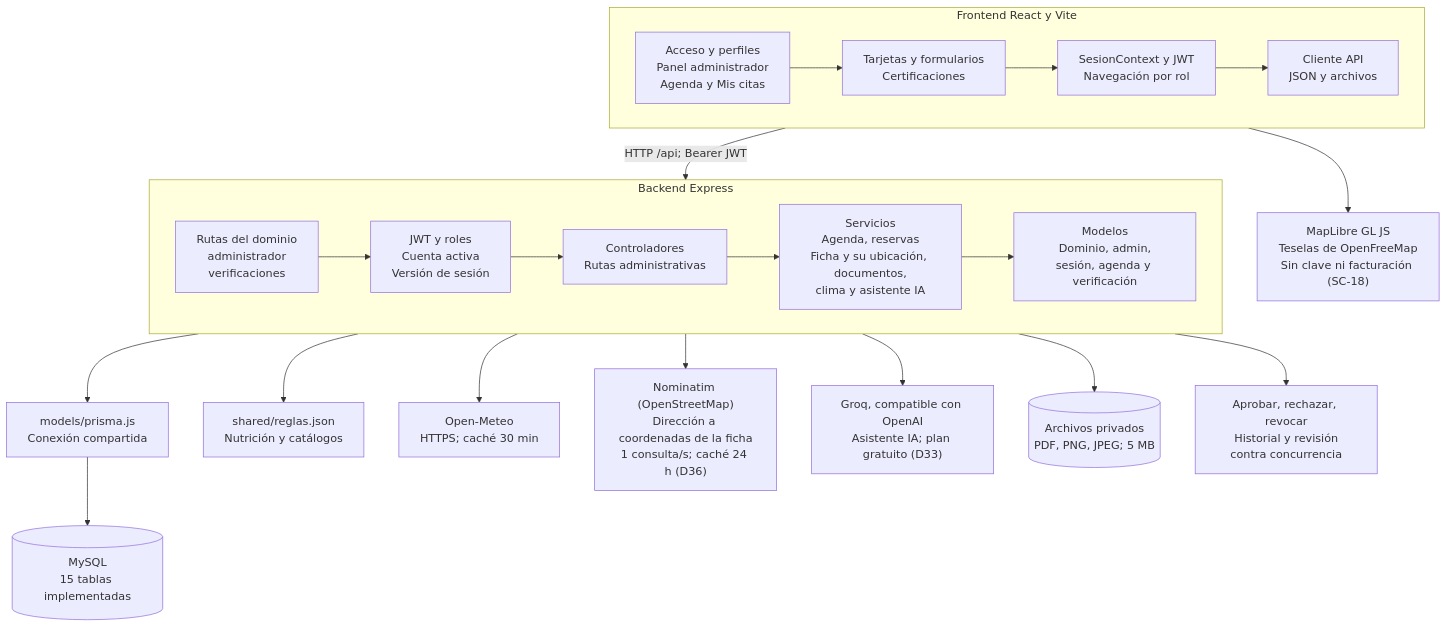
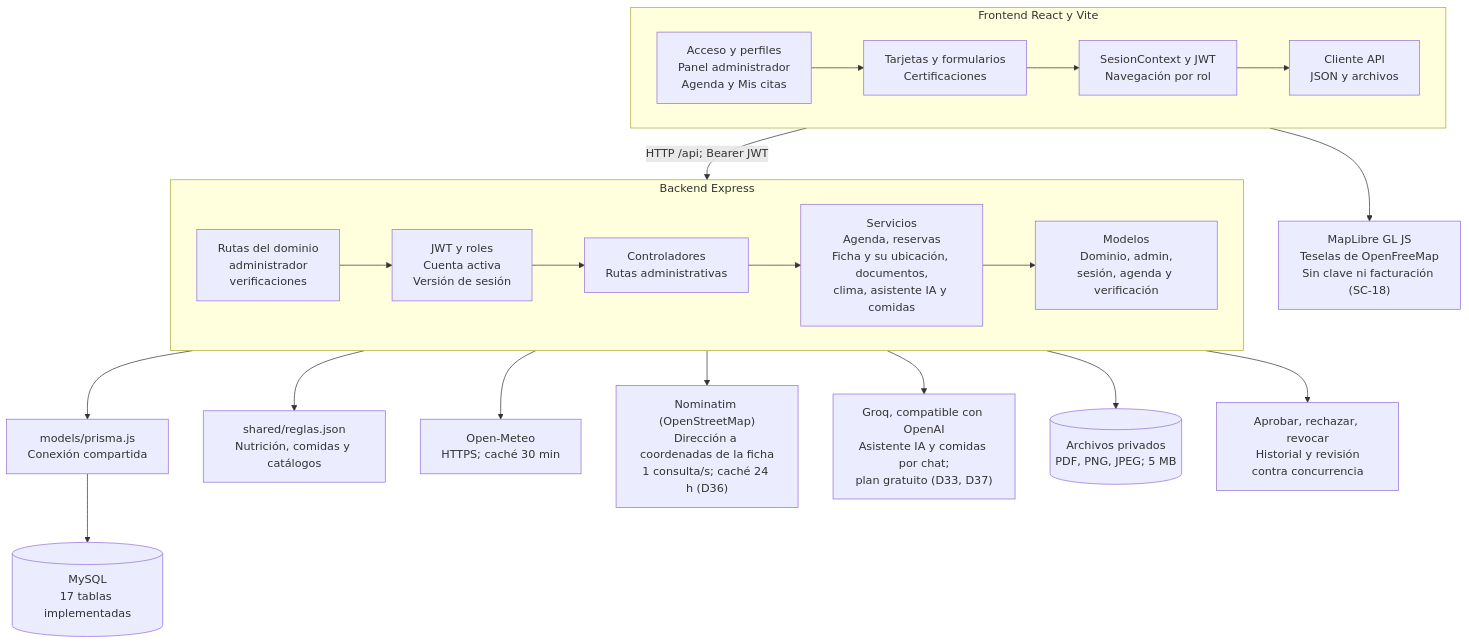
One commit to rodriacr/FitSearch changed the diagram in FASE 2/Evidencias Proyecto/Evidencias de documentación/Diagramas (Miro)/Actualización Sprint 3/07_Vista_de_Desarrollo.mmd. Above: the diagram before and after it, drawn with Mermaid. The commit also changed 22 other files, not shown here.

Commit message:
Documentacion del modulo Comidas: DAS 1.29, diagramas 02, 03, 04, 07, 08 y 15, escenarios de FS-HU-09 y FS-HU-10 y README

```diff
--- a/FASE 2/Evidencias Proyecto/Evidencias de documentación/Diagramas (Miro)/Actualización Sprint 3/07_Vista_de_Desarrollo.mmd
+++ b/FASE 2/Evidencias Proyecto/Evidencias de documentación/Diagramas (Miro)/Actualización Sprint 3/07_Vista_de_Desarrollo.mmd
@@ -1,28 +1,28 @@
 flowchart TB
   subgraph SPA[Frontend React y Vite]
     direction LR
     P["Acceso y perfiles<br/>Panel administrador<br/>Agenda y Mis citas"]
     C["Tarjetas y formularios<br/>Certificaciones"]
     S["SesionContext y JWT<br/>Navegación por rol"]
     A["Cliente API<br/>JSON y archivos"]
     P --> C --> S --> A
   end
   subgraph API[Backend Express]
     direction LR
     R["Rutas del dominio<br/>administrador<br/>verificaciones"]
     M["JWT y roles<br/>Cuenta activa<br/>Versión de sesión"]
     K["Controladores<br/>Rutas administrativas"]
-    V["Servicios<br/>Agenda, reservas<br/>Ficha y su ubicación, documentos,<br/>clima y asistente IA"]
+    V["Servicios<br/>Agenda, reservas<br/>Ficha y su ubicación, documentos,<br/>clima, asistente IA y comidas"]
     D["Modelos<br/>Dominio, admin,<br/>sesión, agenda y verificación"]
     R --> M --> K --> V --> D
   end
   SPA -->|"HTTP /api; Bearer JWT"| API
   API --> PR["models/prisma.js<br/>Conexión compartida"]
-  PR --> DB[("MySQL<br/>15 tablas implementadas")]
-  API --> G["shared/reglas.json<br/>Nutrición y catálogos"]
+  PR --> DB[("MySQL<br/>17 tablas implementadas")]
+  API --> G["shared/reglas.json<br/>Nutrición, comidas y catálogos"]
   API --> O["Open-Meteo<br/>HTTPS; caché 30 min"]
   API --> NM["Nominatim (OpenStreetMap)<br/>Dirección a coordenadas de la ficha<br/>1 consulta/s; caché 24 h (D36)"]
-  API --> IA["Groq, compatible con OpenAI<br/>Asistente IA; plan gratuito (D33)"]
+  API --> IA["Groq, compatible con OpenAI<br/>Asistente IA y comidas por chat;<br/>plan gratuito (D33, D37)"]
   API --> F[("Archivos privados<br/>PDF, PNG, JPEG; 5 MB")]
   API --> N["Aprobar, rechazar, revocar<br/>Historial y revisión<br/>contra concurrencia"]
   SPA --> GM["MapLibre GL JS<br/>Teselas de OpenFreeMap<br/>Sin clave ni facturación (SC-18)"]
```
